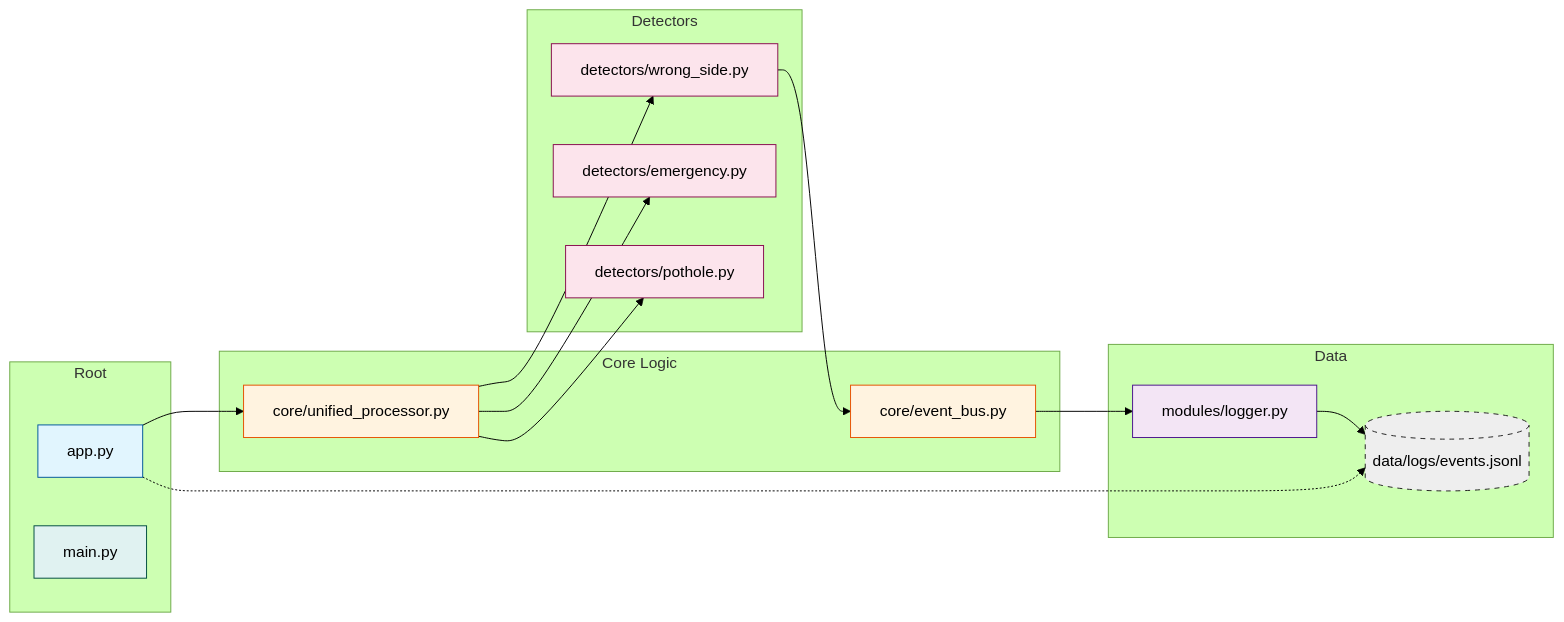
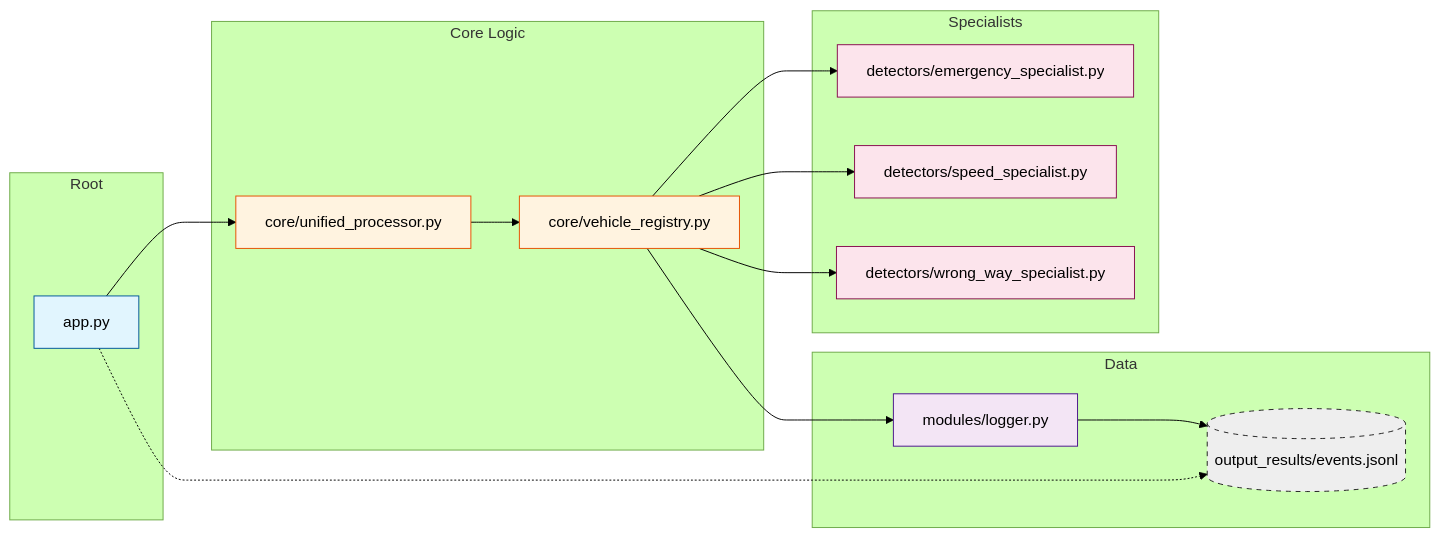
One commit to CAMVIEW-AI/CAMVIEW-AI-Hacksprint2k26.github.io changed the third of 3 diagrams in readme.md. Above: the diagram before and after it, drawn with Mermaid (forest theme). The commit also changed other lines of this file and 223 other files, not shown here.

````diff
--- a/readme.md
+++ b/readme.md
@@ -127,39 +138,37 @@
 ```mermaid
 graph LR
     subgraph Root
         APP[app.py]:::ui
-        MAIN[main.py]:::cli
     end
 
     subgraph Core Logic
         UP[core/unified_processor.py]:::core
-        BUS[core/event_bus.py]:::core
+        REG[core/vehicle_registry.py]:::core
     end
 
-    subgraph Detectors
-        WS[detectors/wrong_side.py]:::logic
-        EV[detectors/emergency.py]:::logic
-        PH[detectors/pothole.py]:::logic
+    subgraph Specialists
+        ES[detectors/emergency_specialist.py]:::logic
+        SS[detectors/speed_specialist.py]:::logic
+        WS[detectors/wrong_way_specialist.py]:::logic
     end
 
     subgraph Data
         LOG[modules/logger.py]:::data
-        FILE[(data/logs/events.jsonl)]:::file
+        FILE[(output_results/events.jsonl)]:::file
     end
 
     APP --> UP
-    UP --> WS
-    UP --> EV
-    UP --> PH
-    WS --> BUS
-    BUS --> LOG
+    UP --> REG
+    REG --> ES
+    REG --> SS
+    REG --> WS
+    REG --> LOG
     LOG --> FILE
     APP -.-> FILE
 
     classDef ui fill:#e1f5fe,stroke:#01579b,color:black
-    classDef cli fill:#e0f2f1,stroke:#004d40,color:black
     classDef core fill:#fff3e0,stroke:#e65100,color:black
     classDef logic fill:#fce4ec,stroke:#880e4f,color:black
     classDef data fill:#f3e5f5,stroke:#4a148c,color:black
     classDef file fill:#eeeeee,stroke:#212121,color:black,stroke-dasharray: 5 5
 ```
````
